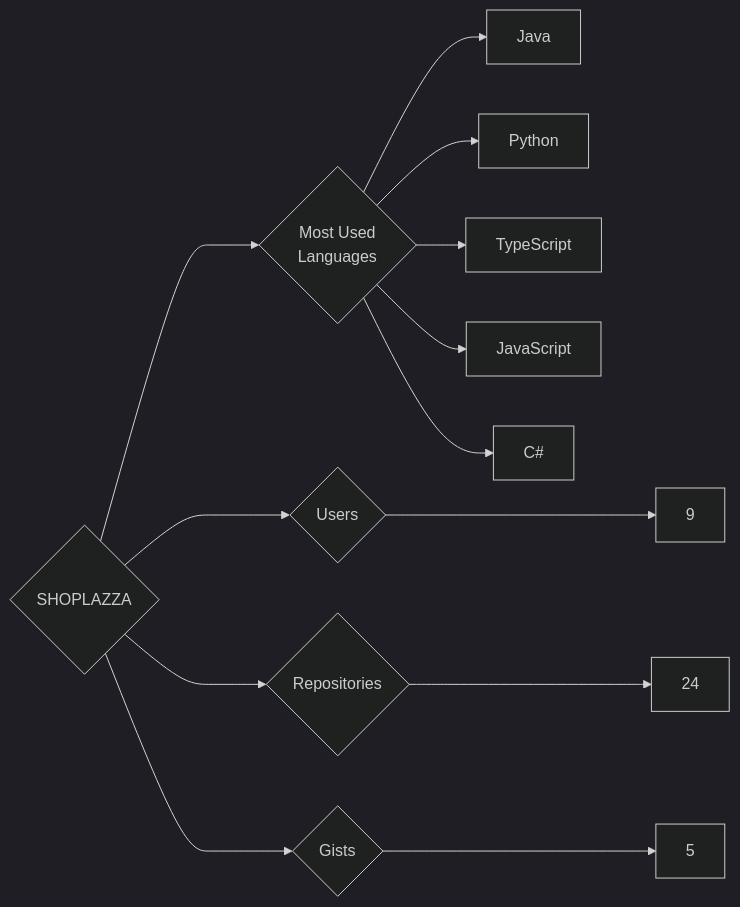
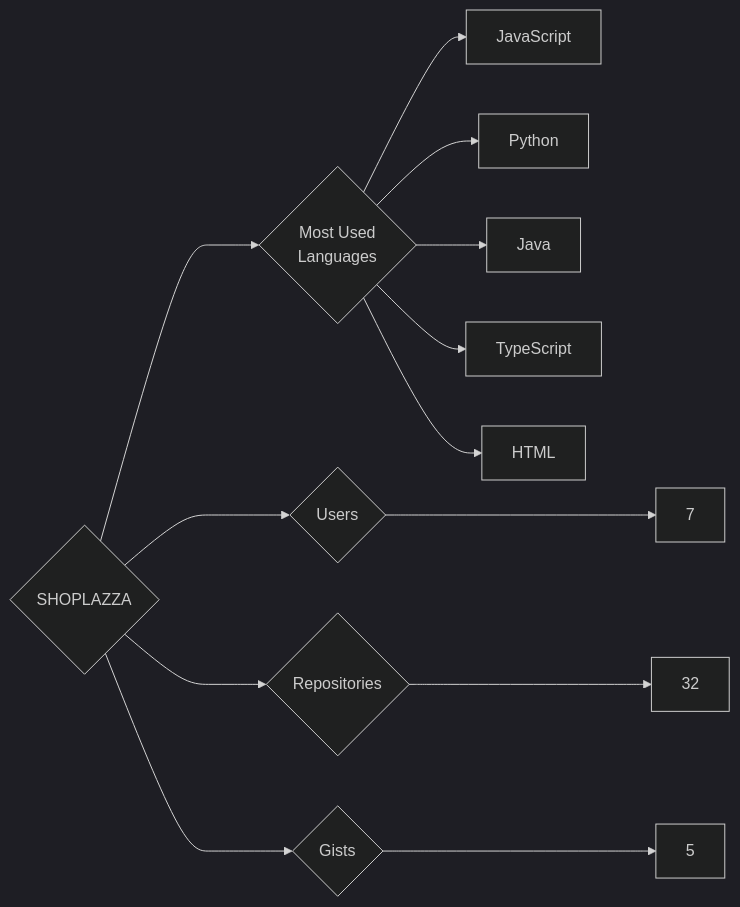
One commit to trickest/insiders changed the diagram in targets/SHOPLAZZA/README.md. Above: the diagram before and after it, drawn with Mermaid (dark theme). The commit also changed 1248 other files, not shown here.

````diff
--- a/targets/SHOPLAZZA/README.md
+++ b/targets/SHOPLAZZA/README.md
@@ -3,13 +3,13 @@
 ```mermaid
 graph LR
 COMPANY_NAME{SHOPLAZZA}
-COMPANY_NAME ---> U{Users} ---> UN[9]
-COMPANY_NAME ---> R{Repositories} ---> RN[24]
+COMPANY_NAME ---> U{Users} ---> UN[7]
+COMPANY_NAME ---> R{Repositories} ---> RN[32]
 COMPANY_NAME ---> G{Gists} ---> GN[5]
 COMPANY_NAME ---> ML{Most Used<br>Languages}
+ML --> JavaScript[JavaScript]
+ML --> Python[Python]
 ML --> Java[Java]
-ML --> Python[Python]
 ML --> TypeScript[TypeScript]
-ML --> JavaScript[JavaScript]
-ML --> C#[C#]
+ML --> HTML[HTML]
 ```
````
